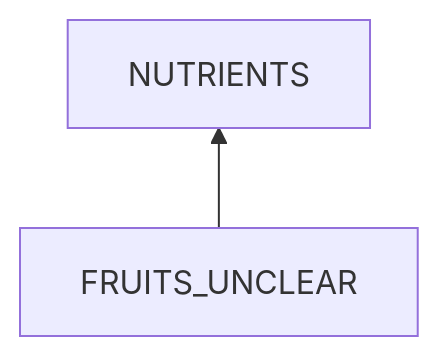
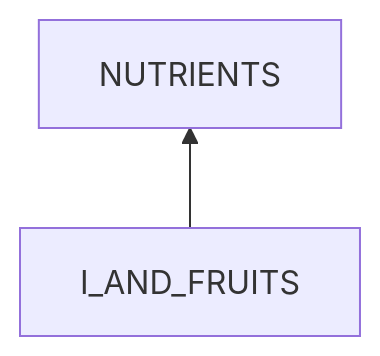
One commit to SuxinL/Notes changed the sixth of 9 diagrams in health/psychology/motivation/reluctance.md. Above: the diagram before and after it, drawn with Mermaid. The commit also changed other lines of this file, not shown here.

````diff
--- a/health/psychology/motivation/reluctance.md
+++ b/health/psychology/motivation/reluctance.md
@@ -180,4 +185,4 @@
 ```mermaid
 flowchart BT
-	FRUITS_UNCLEAR --> NUTRIENTS
+	I_AND_FRUITS --> NUTRIENTS
 ```
````
